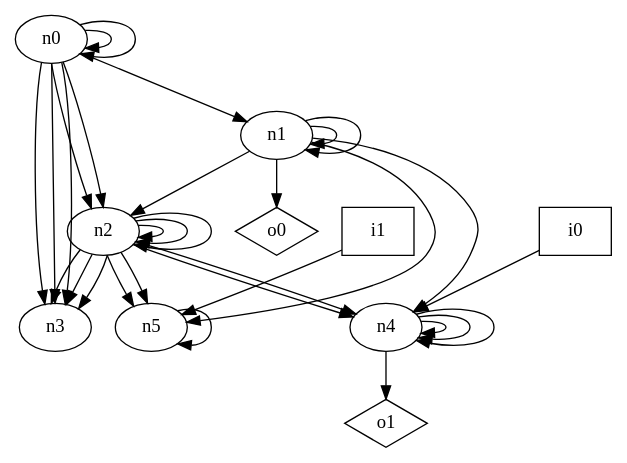
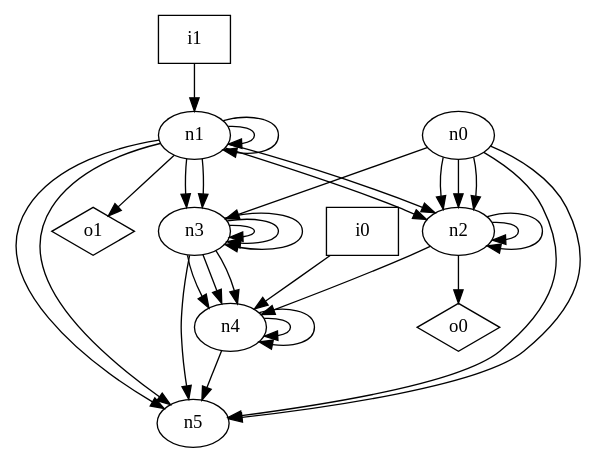
The diagram in dot_files/random_graph/DAG_graph.dot (p9romain/bool-circuits), drawn with Graphviz before and after one commit. The commit also changed 47 other files, not shown here.

```diff
--- a/dot_files/random_graph/DAG_graph.dot
+++ b/dot_files/random_graph/DAG_graph.dot
@@ -1,43 +1,43 @@
 digraph G {
 n0 [label="n0"];
 n1 [label="n1"];
 n2 [label="n2"];
 n3 [label="n3"];
 n4 [label="n4"];
 n5 [label="n5"];
 n6 [label="i0",shape="box"];
 n7 [label="i1",shape="box"];
 n8 [label="o0",shape="diamond"];
 n9 [label="o1",shape="diamond"];
-n0 -> n0
-n0 -> n0
-n0 -> n1
+n0 -> n2
 n0 -> n2
 n0 -> n2
 n0 -> n3
-n0 -> n3
-n0 -> n3
+n0 -> n5
+n0 -> n5
 n1 -> n1
 n1 -> n1
 n1 -> n2
-n1 -> n4
+n1 -> n2
+n1 -> n3
+n1 -> n3
 n1 -> n5
-n1 -> n8
+n1 -> n5
+n1 -> n9
 n2 -> n2
 n2 -> n2
-n2 -> n2
-n2 -> n3
-n2 -> n3
-n2 -> n3
 n2 -> n4
-n2 -> n4
-n2 -> n5
-n2 -> n5
+n2 -> n8
+n3 -> n3
+n3 -> n3
+n3 -> n3
+n3 -> n4
+n3 -> n4
+n3 -> n4
+n3 -> n5
 n4 -> n4
 n4 -> n4
-n4 -> n4
-n4 -> n9
-n5 -> n5
+n4 -> n5
 n6 -> n4
-n7 -> n5
+n7 -> n1
 }
```
